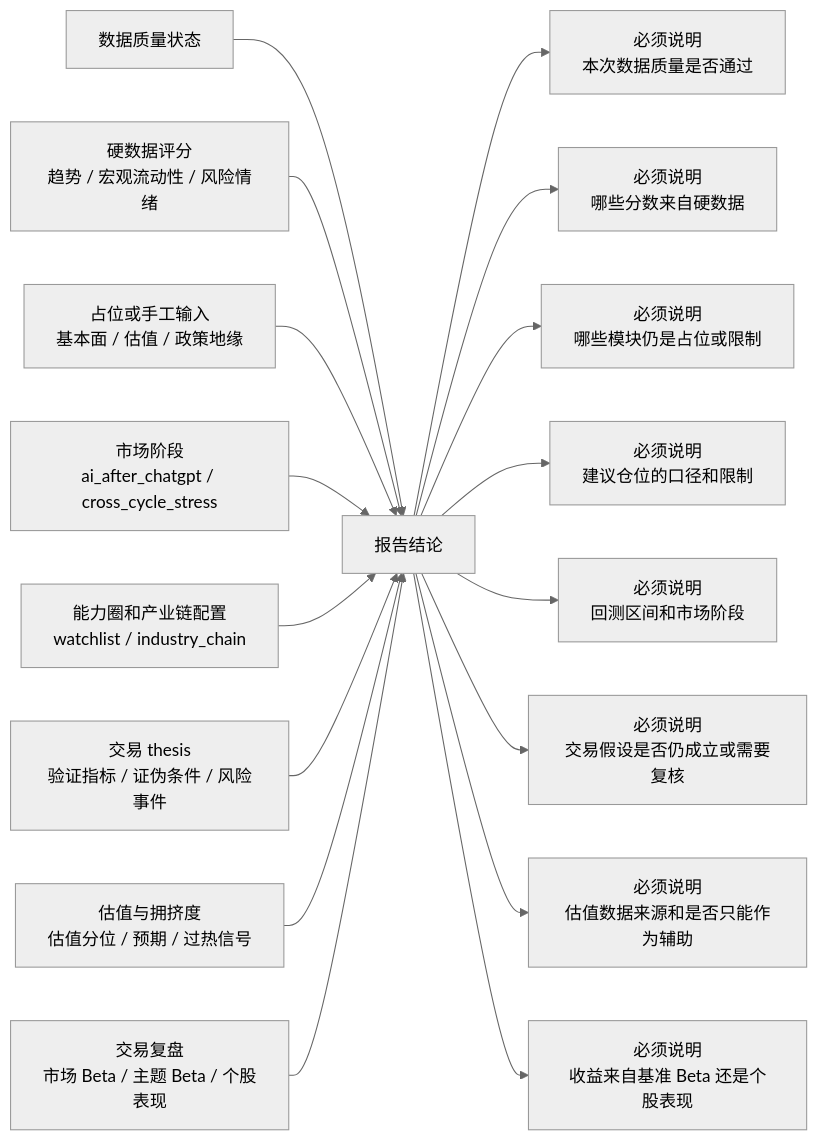
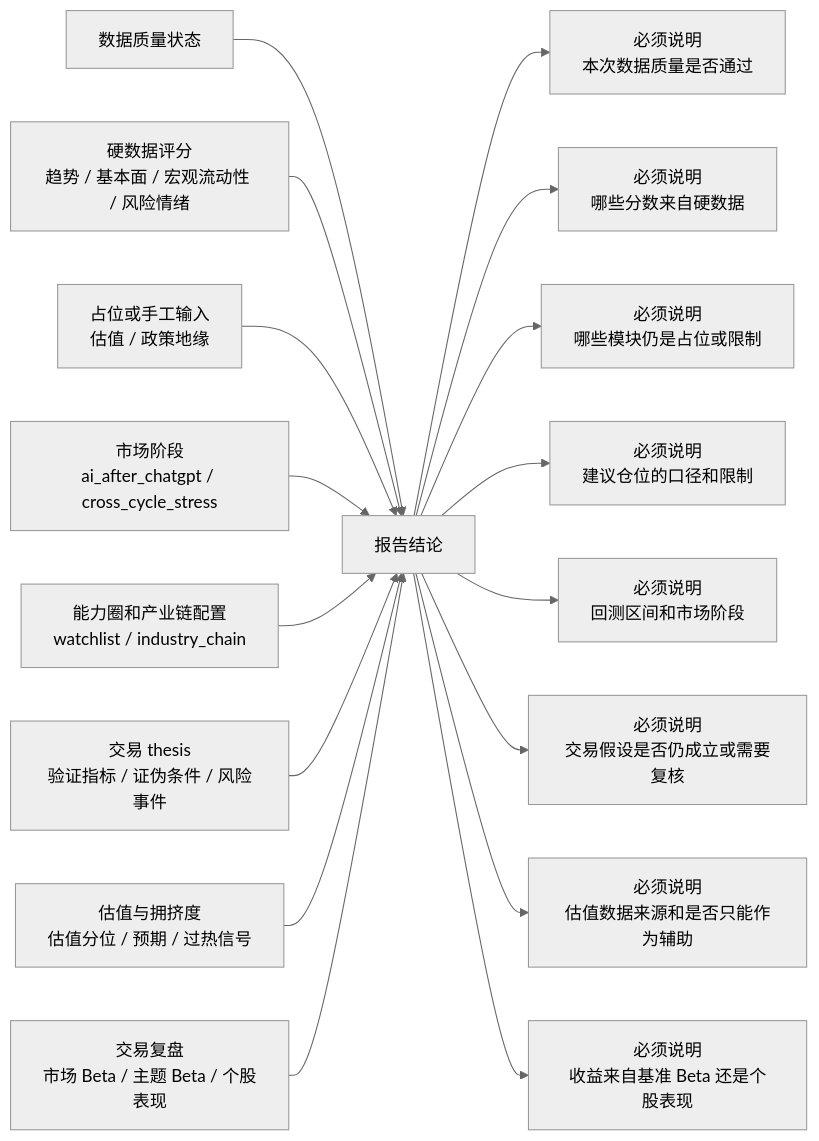
Before and after one commit to AI-Trading-Collaboration/AITradingSystem: the fourth of 5 diagrams in docs/system_flow.md, drawn with Mermaid (neutral theme). The commit also changed other lines of this file and 13 other files, not shown here.

````diff
--- a/docs/system_flow.md
+++ b/docs/system_flow.md
@@ -286,20 +301,20 @@
 ```mermaid
 flowchart LR
     A["数据质量状态"] --> E["报告结论"]
-    B["硬数据评分<br/>趋势 / 宏观流动性 / 风险情绪"] --> E
-    C["占位或手工输入<br/>基本面 / 估值 / 政策地缘"] --> E
+    B["硬数据评分<br/>趋势 / 基本面 / 宏观流动性 / 风险情绪"] --> E
+    C["占位或手工输入<br/>估值 / 政策地缘"] --> E
     D["市场阶段<br/>ai_after_chatgpt / cross_cycle_stress"] --> E
     F["能力圈和产业链配置<br/>watchlist / industry_chain"] --> E
     L["交易 thesis<br/>验证指标 / 证伪条件 / 风险事件"] --> E
     N["估值与拥挤度<br/>估值分位 / 预期 / 过热信号"] --> E
     P["交易复盘<br/>市场 Beta / 主题 Beta / 个股表现"] --> E
 
     E --> G["必须说明<br/>本次数据质量是否通过"]
     E --> H["必须说明<br/>哪些分数来自硬数据"]
     E --> I["必须说明<br/>哪些模块仍是占位或限制"]
     E --> J["必须说明<br/>建议仓位的口径和限制"]
     E --> K["必须说明<br/>回测区间和市场阶段"]
     E --> M["必须说明<br/>交易假设是否仍成立或需要复核"]
     E --> O["必须说明<br/>估值数据来源和是否只能作为辅助"]
     E --> P2["必须说明<br/>收益来自基准 Beta 还是个股表现"]
 ```
````
